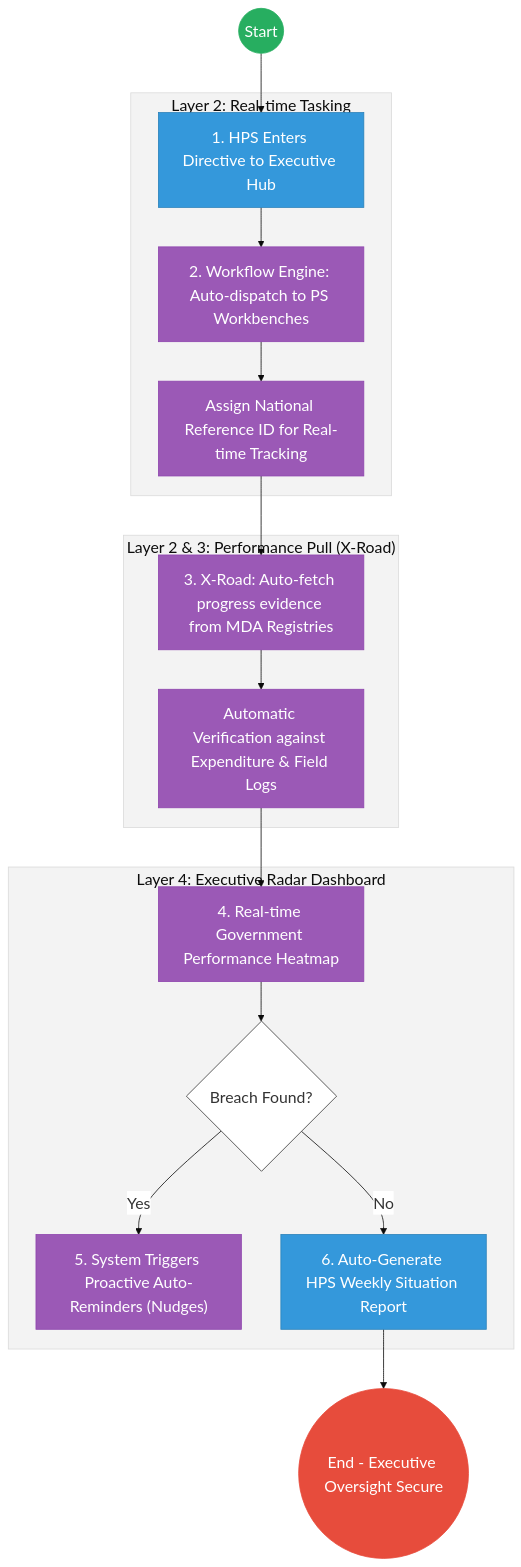
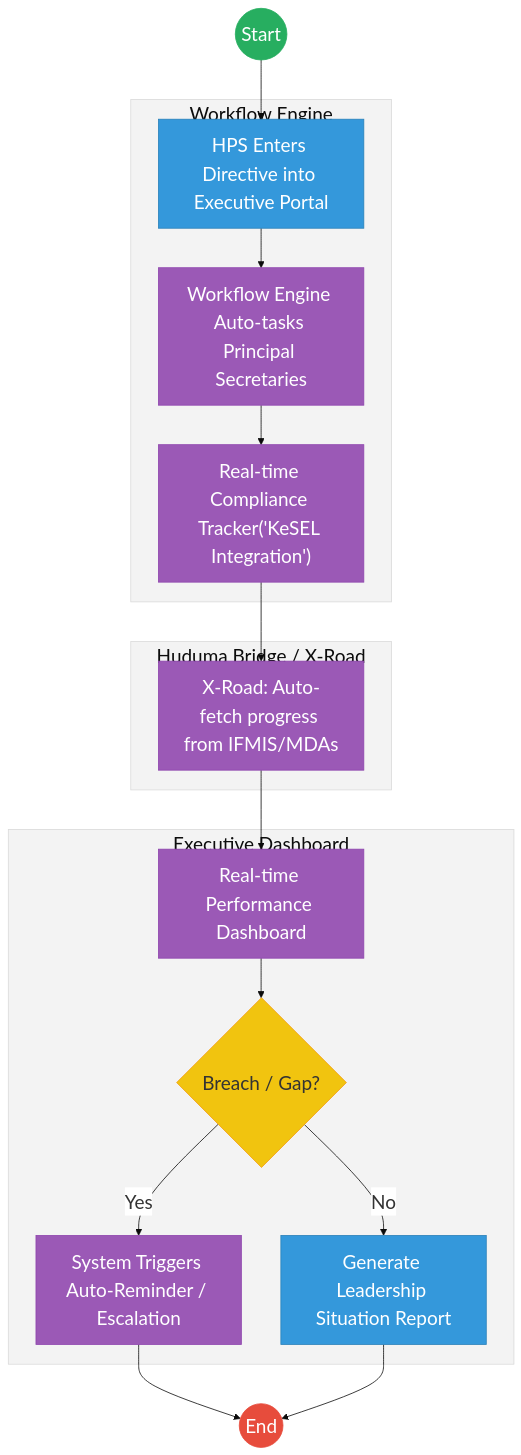
One commit to BITZ-IT-Consulting-LTD/ictapoc changed the second of 2 diagrams in mdas/docs_final/priority_mdas/OFFICE_OF_THE_HEAD_OF_PUBLIC_SERVICE_OHPS___Executive_Coordination.md. Above: the diagram before and after it, drawn with Mermaid. The commit also changed other lines of this file and 90 other files, not shown here.

````diff
--- a/mdas/docs_final/priority_mdas/OFFICE_OF_THE_HEAD_OF_PUBLIC_SERVICE_OHPS___Executive_Coordination.md
+++ b/mdas/docs_final/priority_mdas/OFFICE_OF_THE_HEAD_OF_PUBLIC_SERVICE_OHPS___Executive_Coordination.md
@@ -111,34 +119,36 @@
 ```mermaid
-%%{init: { 'theme': 'base', 'themeVariables': { 'fontSize': '20px', 'fontFamily': 'Inter, system-ui, sans-serif', 'primaryColor': '#ffffff', 'edgeLabelBackground':'#ffffff', 'tertiaryColor': '#f3f3f3', 'mainBkg': '#ffffff', 'nodeBorder': '#333333' } } }%%
-flowchart TD
-    Start((Start)) --> Portal["1. HPS Enters Directive to Executive Hub"]
+%%{init: { 'theme': 'base', 'themeVariables': { 'fontSize': '24px', 'fontFamily': 'Inter, system-ui, sans-serif', 'primaryColor': '#ffffff', 'edgeLabelBackground':'#ffffff', 'tertiaryColor': '#f3f3f3', 'mainBkg': '#ffffff', 'nodeBorder': '#333333' } } }%%
+graph TD
+    Start((Start)) --> Portal["HPS Enters Directive into Executive Portal"]
     
-    subgraph Trust_Hub["Layer 2: Real-time Tasking"]
-        Portal --> Tasking["2. Workflow Engine: Auto-dispatch to PS Workbenches"]
-        Tasking --> Tracker["Assign National Reference ID for Real-time Tracking"]
+    subgraph CorePlatform["Workflow Engine "]
+        Portal --> Tasking["Workflow Engine Auto-tasks Principal Secretaries"]
+        Tasking --> Tracker["Real-time Compliance Tracker('KeSEL Integration')"]
     end
+    
+    subgraph Interoperability["Huduma Bridge / X-Road"]
+        Tracker --> Fetch["X-Road: Auto-fetch progress from IFMIS/MDAs"]
+    end
+    
+    subgraph Analysis["Executive Dashboard"]
+        Fetch --> Dashboard["Real-time Performance Dashboard"]
+        Dashboard --> Alert{"Breach / Gap?"}
+        
+        Alert -- "Yes" --> Nudge["System Triggers Auto-Reminder / Escalation"]
+        Alert -- "No" --> Report["Generate Leadership Situation Report"]
+    end
+    
+    Nudge --> End((End))
+    Report --> End
 
-    subgraph Operations["Layer 2 & 3: Performance Pull (X-Road)"]
-        Tracker --> Fetch["3. X-Road: Auto-fetch progress evidence from MDA Registries"]
-        Fetch --> CrossCheck["Automatic Verification against Expenditure & Field Logs"]
-    end
-
-    subgraph Settlement["Layer 4: Executive Radar Dashboard"]
-        CrossCheck --> Dashboard["4. Real-time Government Performance Heatmap"]
-        Dashboard --> Alert{"Breach Found?"}
-        Alert -- "Yes" --> Nudge["5. System Triggers Proactive Auto-Reminders (Nudges)"]
-        Alert -- "No" --> SitRep["6. Auto-Generate HPS Weekly Situation Report"]
-    end
-
-    SitRep --> EndProcess(("End - Executive Oversight Secure"))
-
-    classDef start fill:#27ae60,stroke:#27ae60,color:#fff,font-size:20px;;
-    classDef endNode fill:#e74c3c,stroke:#e74c3c,color:#fff,font-size:20px;;
-    classDef userTask fill:#3498db,stroke:#2980b9,color:#fff,font-size:20px;;
-    classDef serviceTask fill:#9b59b6,stroke:#8e44ad,color:#fff,font-size:20px;;
-    
+    classDef start fill:#27ae60,stroke:#27ae60,color:#fff,font-size:24px,font-size:24px;;
+    classDef endNode fill:#e74c3c,stroke:#e74c3c,color:#fff,font-size:24px,font-size:24px;;
+    classDef userTask fill:#3498db,stroke:#2980b9,color:#fff,font-size:24px,font-size:24px;;
+    classDef serviceTask fill:#9b59b6,stroke:#8e44ad,color:#fff,font-size:24px,font-size:24px;;
+    classDef gateway fill:#f1c40f,stroke:#f39c12,color:#333,font-size:24px,font-size:24px;;
     class Start start;
-    class EndProcess endNode;
-    class Portal,SitRep userTask;
-    class Tasking,Tracker,Fetch,CrossCheck,Dashboard,Nudge serviceTask;
+    class End endNode;
+    class Alert gateway;
+    class Portal,Report userTask;
+    class Tasking,Tracker,Fetch,Dashboard,Nudge serviceTask;
 ```
````
